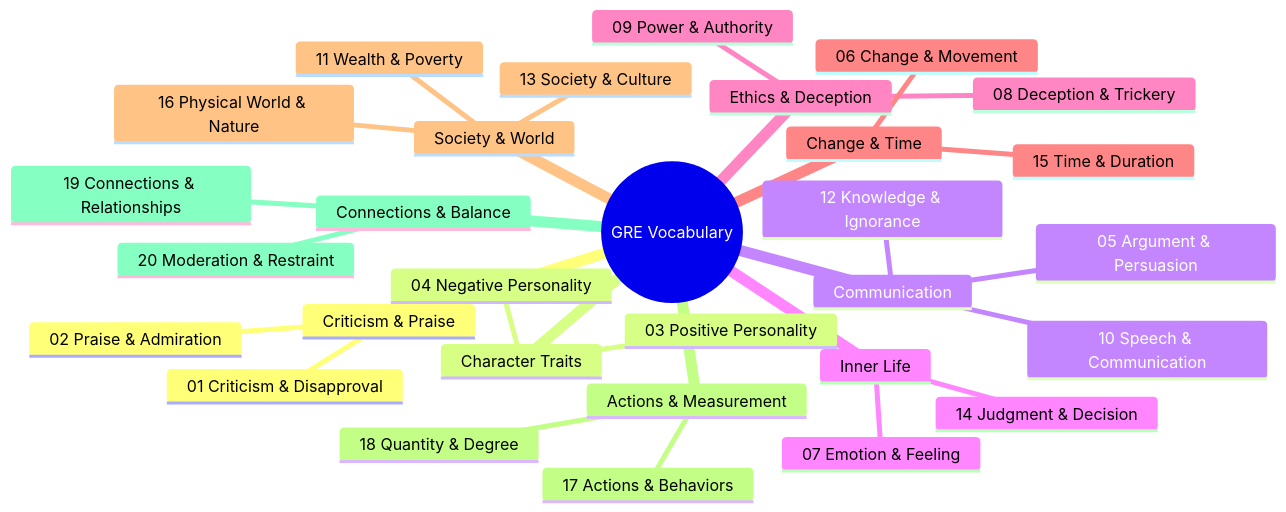
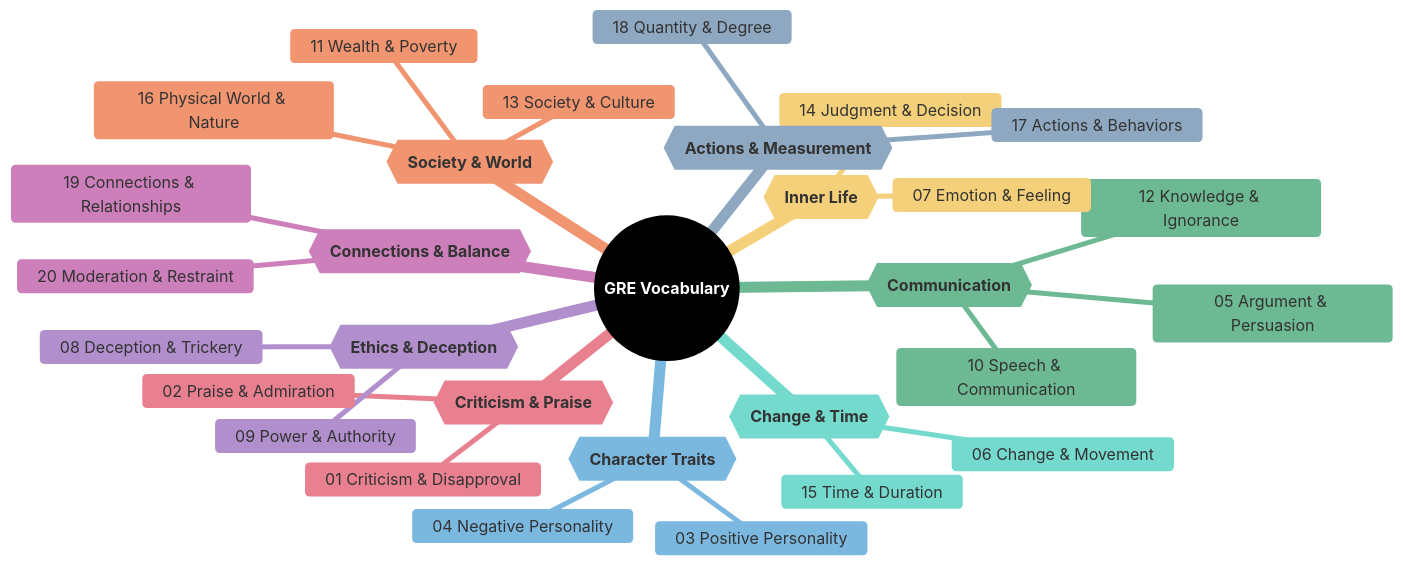
Before and after one commit to 95anantsingh/gre-preparation: the diagram in README.md, drawn with Mermaid. The commit also changed other lines of this file and 14 other files, not shown here.

````diff
--- a/README.md
+++ b/README.md
@@ -5,33 +5,52 @@
 ```mermaid
+%%{
+  init: {
+    "theme": "base",
+    "themeVariables": {
+      "primaryColor": "#000000",
+      "cScale1": "#e8808f",  "cScaleInv1": "#a33445",
+      "cScale2": "#7bb8e0",  "cScaleInv2": "#266a93",
+      "cScale3": "#6db993",  "cScaleInv3": "#23543f",
+      "cScale4": "#f5d07a",  "cScaleInv4": "#c4903b",
+      "cScale5": "#b08fcc",  "cScaleInv5": "#5d3b75",
+      "cScale6": "#74dace",  "cScaleInv6": "#217d72",
+      "cScale7": "#f09570",  "cScaleInv7": "#b84112",
+      "cScale8": "#8ea8c2",  "cScaleInv8": "#32465e",
+      "cScale9": "#cc7fba",  "cScaleInv9": "#7d2868",
+      "cScale10": "#c99a78", "cScaleInv10": "#7c4e32",
+      "cScale11": "#a3a3a3", "cScaleInv11": "#3d3d3d"
+    }
+  }
+}%%
 mindmap
-  root((GRE Vocabulary))
-    Criticism & Praise
+  root((<font color=white>**GRE Vocabulary**</font>))
+    {{**Criticism & Praise**}}
       01 Criticism & Disapproval
       02 Praise & Admiration
-    Character Traits
+    {{**Character Traits**}}
       03 Positive Personality
       04 Negative Personality
-    Communication
+    {{**Communication**}}
       05 Argument & Persuasion
       10 Speech & Communication
       12 Knowledge & Ignorance
-    Inner Life
+    {{**Inner Life**}}
       07 Emotion & Feeling
       14 Judgment & Decision
-    Ethics & Deception
+    {{**Ethics & Deception**}}
       08 Deception & Trickery
       09 Power & Authority
-    Change & Time
+    {{**Change & Time**}}
       06 Change & Movement
       15 Time & Duration
-    Society & World
+    {{**Society & World**}}
       11 Wealth & Poverty
       13 Society & Culture
       16 Physical World & Nature
-    Actions & Measurement
+    {{**Actions & Measurement**}}
       17 Actions & Behaviors
       18 Quantity & Degree
-    Connections & Balance
+    {{**Connections & Balance**}}
       19 Connections & Relationships
       20 Moderation & Restraint
 ```
````
